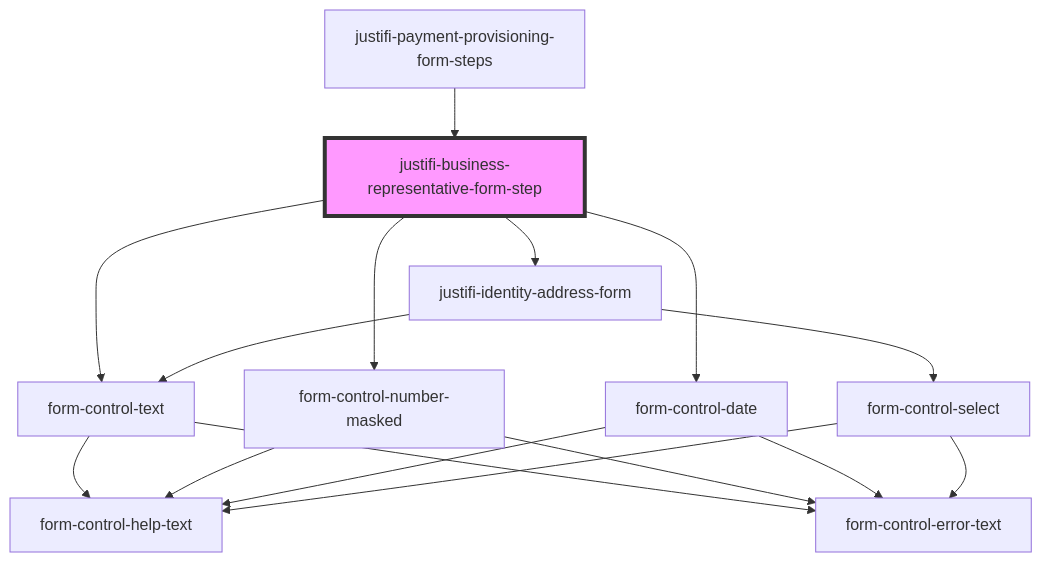
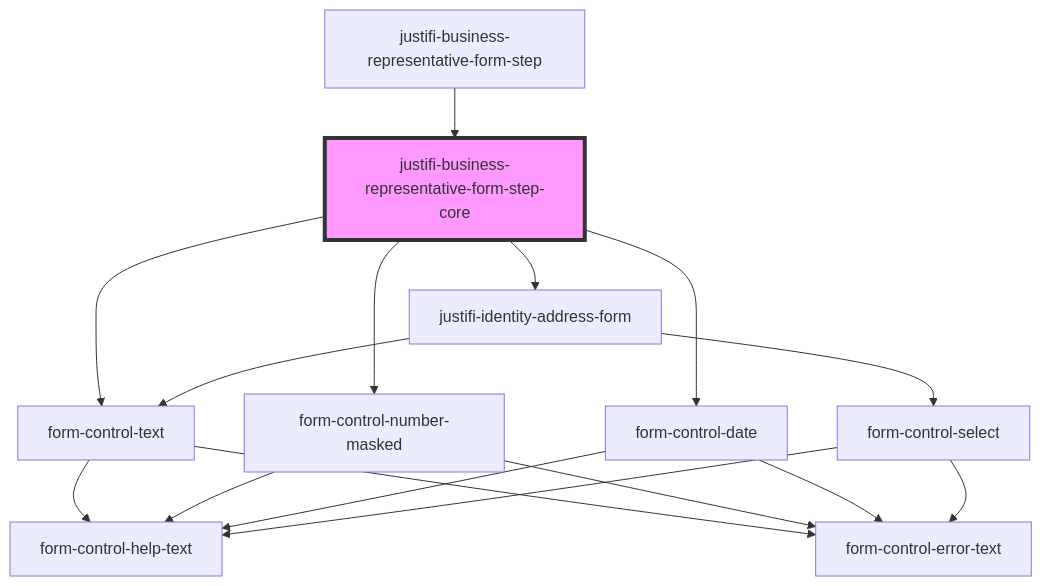
Before and after one commit to justifi-tech/web-component-library: the diagram in packages/webcomponents/src/components/business-forms/payment-provisioning/business-representative/README.md, drawn with Mermaid. The commit also changed other lines of this file and 6 other files, not shown here.

Commit message:
Render core component inside refactored representative-form-step component

````diff
--- a/packages/webcomponents/src/components/business-forms/payment-provisioning/business-representative/README.md
+++ b/packages/webcomponents/src/components/business-forms/payment-provisioning/business-representative/README.md
@@ -59,19 +61,19 @@
 ```mermaid
 graph TD;
-  justifi-business-representative-form-step --> form-control-text
-  justifi-business-representative-form-step --> form-control-number-masked
-  justifi-business-representative-form-step --> form-control-date
-  justifi-business-representative-form-step --> justifi-identity-address-form
+  justifi-business-representative-form-step-core --> form-control-text
+  justifi-business-representative-form-step-core --> form-control-number-masked
+  justifi-business-representative-form-step-core --> form-control-date
+  justifi-business-representative-form-step-core --> justifi-identity-address-form
   form-control-text --> form-control-help-text
   form-control-text --> form-control-error-text
   form-control-number-masked --> form-control-help-text
   form-control-number-masked --> form-control-error-text
   form-control-date --> form-control-help-text
   form-control-date --> form-control-error-text
   justifi-identity-address-form --> form-control-text
   justifi-identity-address-form --> form-control-select
   form-control-select --> form-control-help-text
   form-control-select --> form-control-error-text
-  justifi-payment-provisioning-form-steps --> justifi-business-representative-form-step
-  style justifi-business-representative-form-step fill:#f9f,stroke:#333,stroke-width:4px
+  justifi-business-representative-form-step --> justifi-business-representative-form-step-core
+  style justifi-business-representative-form-step-core fill:#f9f,stroke:#333,stroke-width:4px
 ```
````
